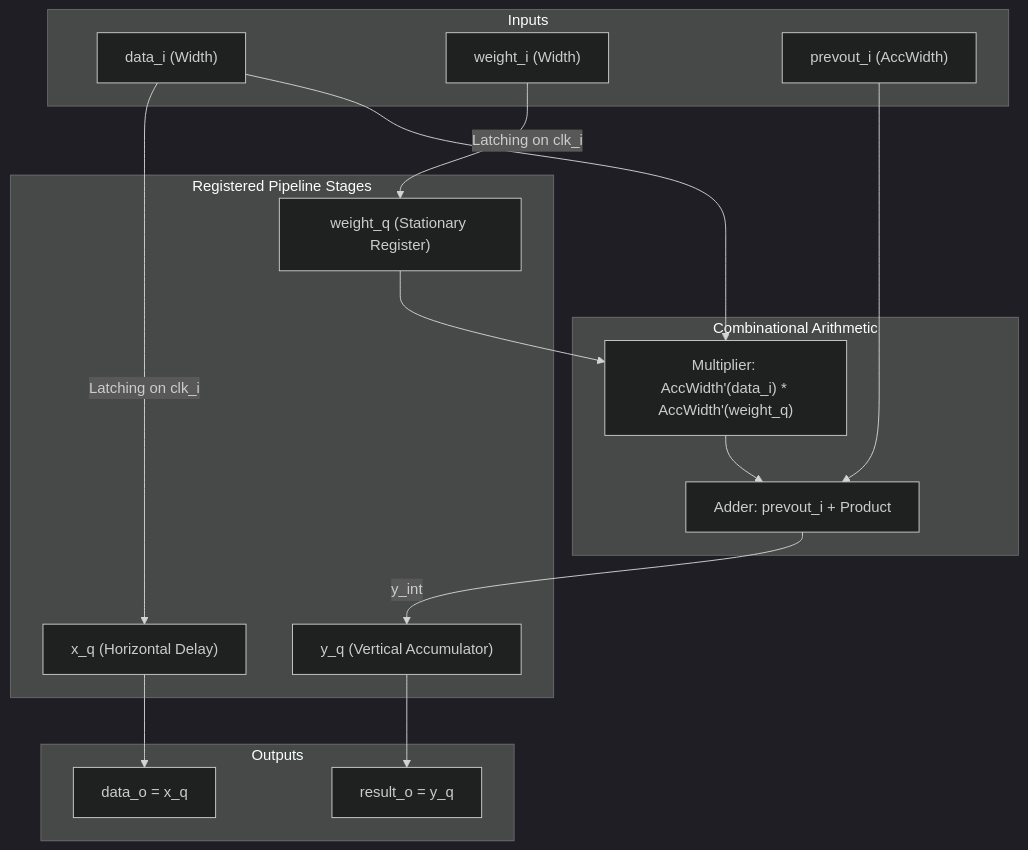
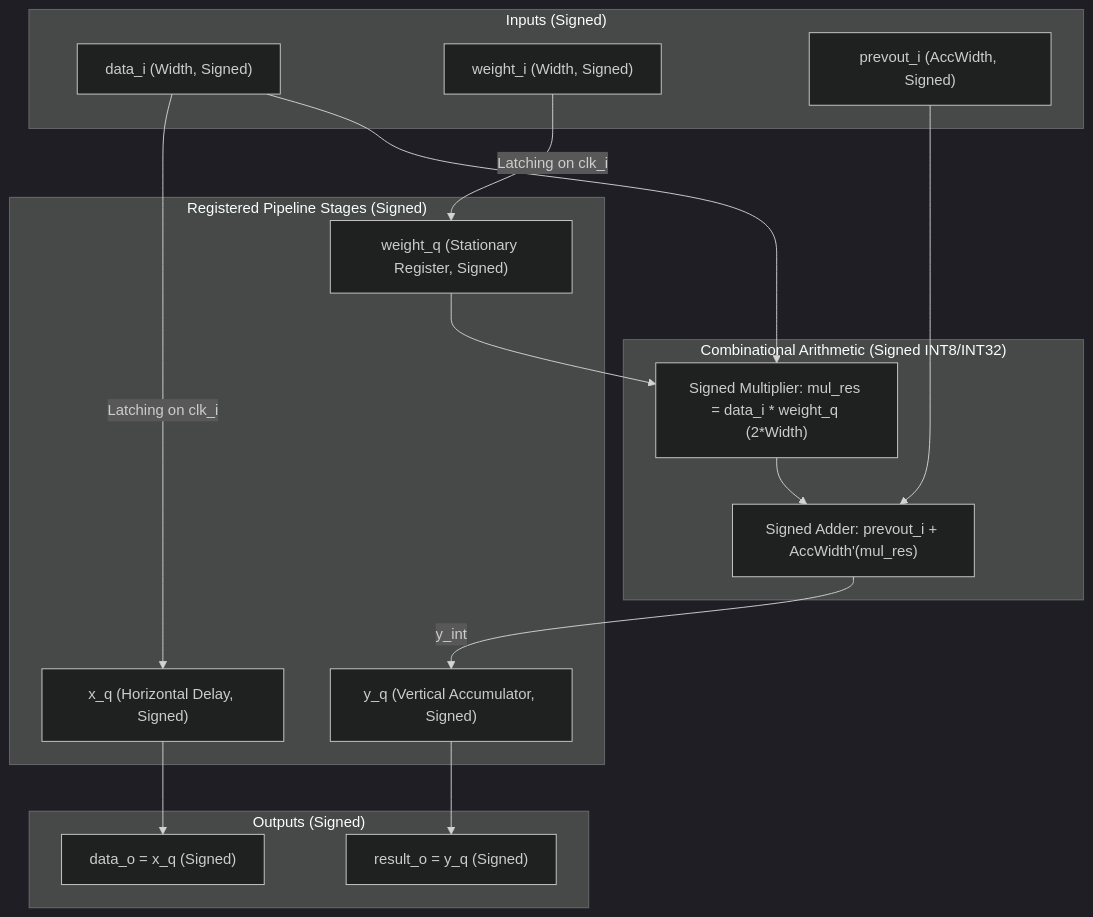
The second of 4 diagrams in README.md (Lucaf03/SystolicArray2D), drawn with Mermaid (dark theme) before and after one commit. The commit also changed other lines of this file, not shown here.

````diff
--- a/README.md
+++ b/README.md
@@ -83,36 +83,36 @@
 ```mermaid
 flowchart TD
-    subgraph Inputs ["Inputs"]
-        DATA_IN["data_i (Width)"]
-        WEIGHT_IN["weight_i (Width)"]
-        PREV_IN["prevout_i (AccWidth)"]
+    subgraph Inputs ["Inputs (Signed)"]
+        DATA_IN["data_i (Width, Signed)"]
+        WEIGHT_IN["weight_i (Width, Signed)"]
+        PREV_IN["prevout_i (AccWidth, Signed)"]
     end
 
-    subgraph Internal_Registers ["Registered Pipeline Stages"]
-        REG_W["weight_q (Stationary Register)"]
-        REG_X["x_q (Horizontal Delay)"]
-        REG_Y["y_q (Vertical Accumulator)"]
+    subgraph Internal_Registers ["Registered Pipeline Stages (Signed)"]
+        REG_W["weight_q (Stationary Register, Signed)"]
+        REG_X["x_q (Horizontal Delay, Signed)"]
+        REG_Y["y_q (Vertical Accumulator, Signed)"]
     end
 
-    subgraph MAC_Unit ["Combinational Arithmetic"]
-        MULT["Multiplier: AccWidth'(data_i) * AccWidth'(weight_q)"]
-        ADDER["Adder: prevout_i + Product"]
+    subgraph MAC_Unit ["Combinational Arithmetic (Signed INT8/INT32)"]
+        MULT["Signed Multiplier: mul_res = data_i * weight_q (2*Width)"]
+        ADDER["Signed Adder: prevout_i + AccWidth'(mul_res)"]
     end
 
-    subgraph Outputs ["Outputs"]
-        DATA_OUT["data_o = x_q"]
-        RESULT_OUT["result_o = y_q"]
+    subgraph Outputs ["Outputs (Signed)"]
+        DATA_OUT["data_o = x_q (Signed)"]
+        RESULT_OUT["result_o = y_q (Signed)"]
     end
 
     WEIGHT_IN -->|"Latching on clk_i"| REG_W
     DATA_IN -->|"Latching on clk_i"| REG_X
     REG_X --> DATA_OUT
 
     DATA_IN --> MULT
     REG_W --> MULT
     PREV_IN --> ADDER
     MULT --> ADDER
 
     ADDER -->|"y_int"| REG_Y
     REG_Y --> RESULT_OUT
 ```
````
